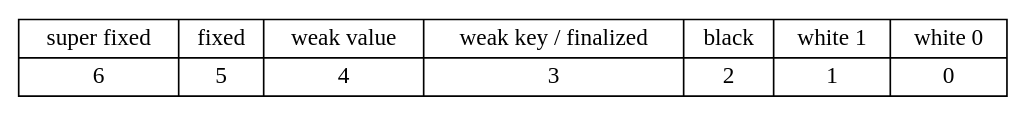
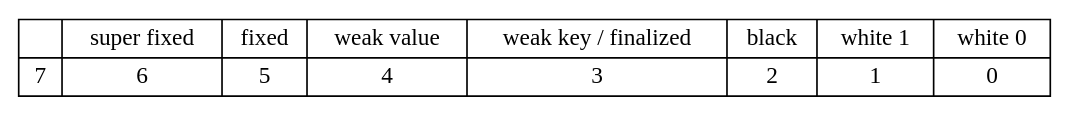
The tenth of 11 diagrams in book/gc.org (DreamAndDead/lua-5.1-source-guide), drawn with Graphviz before and after one commit. The commit also changed other lines of this file and 32 other files, not shown here.

```diff
--- a/book/gc.org
+++ b/book/gc.org
@@ -211,13 +334,14 @@
 #+begin_src dot :file gc-bit-mark.png
 digraph {
 	m[shape=record, label="
+	  {  | 7 } |
 	  { super fixed | 6 } |
 	  { fixed | 5 } |
 	  { weak value | 4 } |
 	  { weak key / finalized | 3 } |
 	  { black | 2 } |
 	  { white 1 | 1 } |
 	  { white 0 | 0 }
 	  "];
 }
 #+end_src
```
